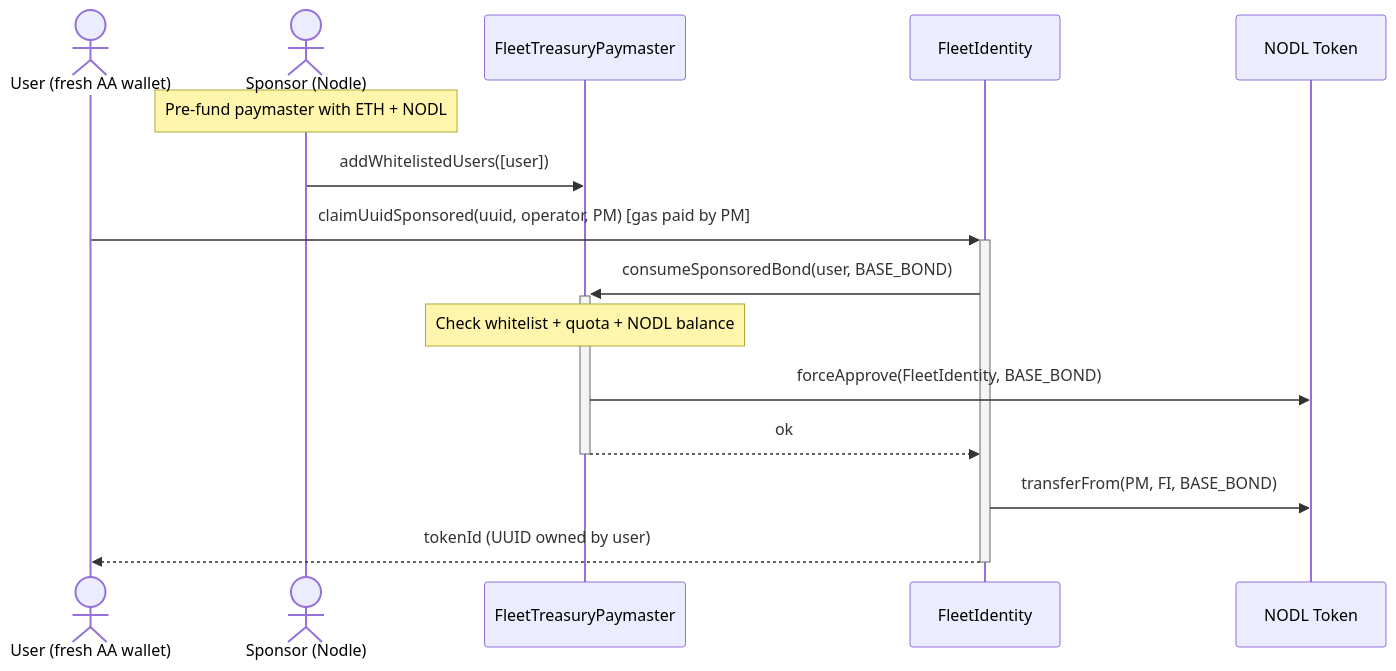
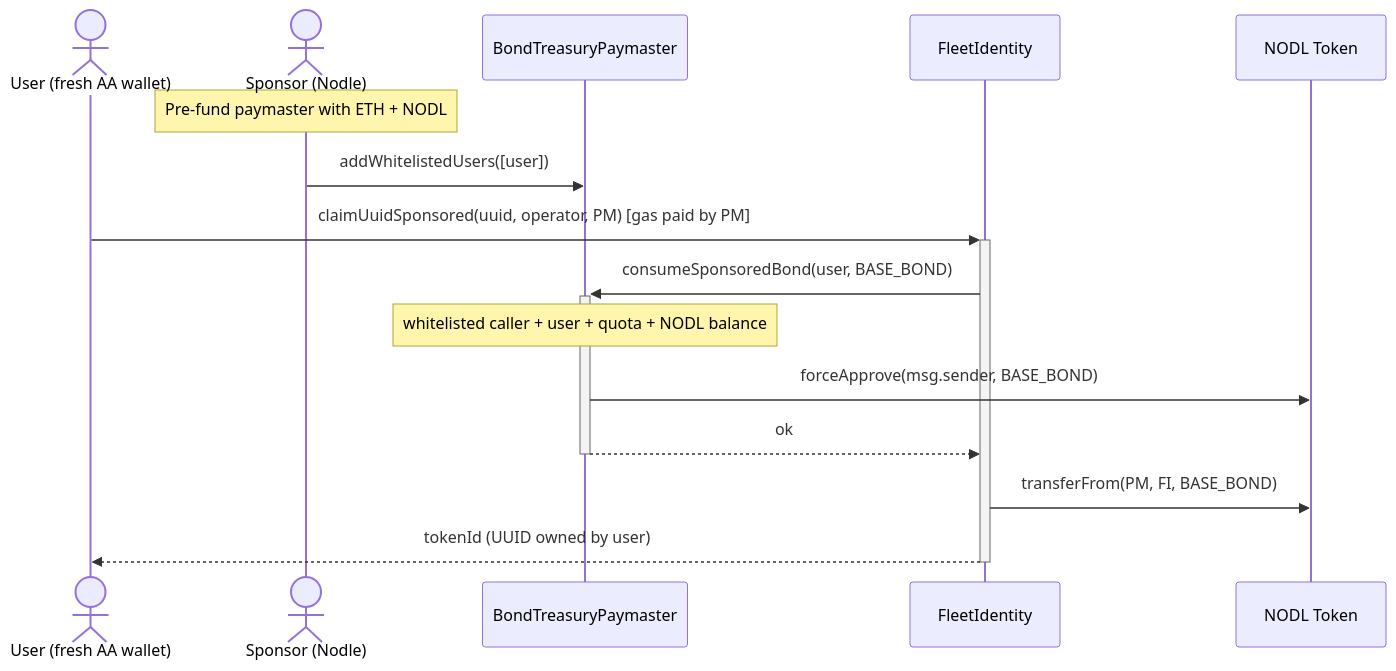
Before and after one commit to NodleCode/rollup: the sixth of 16 diagrams in src/swarms/doc/spec/swarm-specification.md, drawn with Mermaid. The commit also changed other lines of this file and 3 other files, not shown here.

First line of the commit message:
FleetTreasuryPaymaster — whitelisted contract destinations (#102)

````diff
--- a/src/swarms/doc/spec/swarm-specification.md
+++ b/src/swarms/doc/spec/swarm-specification.md
@@ -621,20 +623,20 @@
 ```mermaid
 sequenceDiagram
     actor User as User (fresh AA wallet)
     actor Sponsor as Sponsor (Nodle)
-    participant PM as FleetTreasuryPaymaster
+    participant PM as BondTreasuryPaymaster
     participant FI as FleetIdentity
     participant TOKEN as NODL Token
 
     Note over Sponsor: Pre-fund paymaster with ETH + NODL
 
     Sponsor->>PM: addWhitelistedUsers([user])
 
     User->>+FI: claimUuidSponsored(uuid, operator, PM) [gas paid by PM]
     FI->>+PM: consumeSponsoredBond(user, BASE_BOND)
-    Note over PM: Check whitelist + quota + NODL balance
-    PM->>TOKEN: forceApprove(FleetIdentity, BASE_BOND)
+    Note over PM: whitelisted caller + user + quota + NODL balance
+    PM->>TOKEN: forceApprove(msg.sender, BASE_BOND)
     PM-->>-FI: ok
     FI->>TOKEN: transferFrom(PM, FI, BASE_BOND)
     FI-->>-User: tokenId (UUID owned by user)
 ```
````
